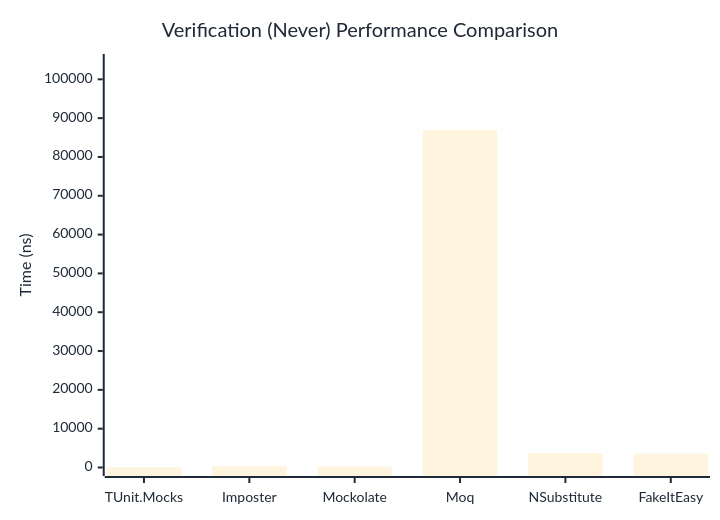
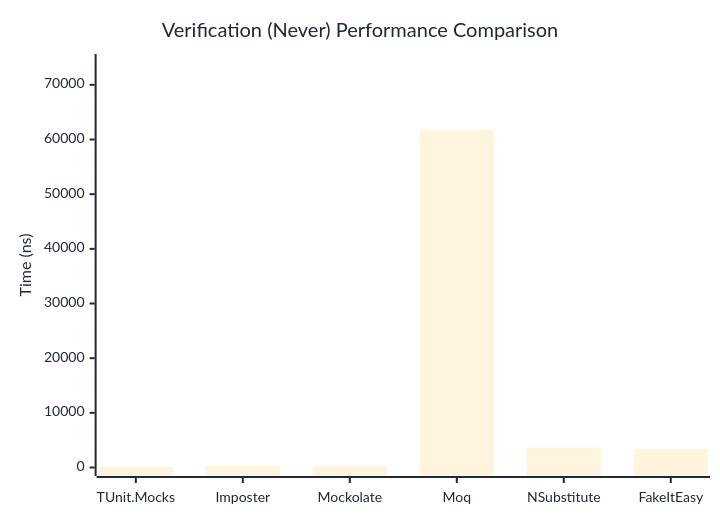
Before and after one commit to thomhurst/TUnit: the second of 3 diagrams in docs/docs/benchmarks/mocks/Verification.md, drawn with Mermaid. The commit also changed other lines of this file and 14 other files, not shown here.

````diff
--- a/docs/docs/benchmarks/mocks/Verification.md
+++ b/docs/docs/benchmarks/mocks/Verification.md
@@ -69,27 +69,27 @@
 ```mermaid
 %%{init: {
   'theme':'base',
   'themeVariables': {
     'primaryColor': '#2563eb',
     'primaryTextColor': '#1f2937',
     'primaryBorderColor': '#1e40af',
     'lineColor': '#6b7280',
     'secondaryColor': '#7c3aed',
     'tertiaryColor': '#dc2626',
     'background': '#ffffff',
     'pie1': '#2563eb',
     'pie2': '#7c3aed',
     'pie3': '#dc2626',
     'pie4': '#f59e0b',
     'pie5': '#10b981',
     'pie6': '#06b6d4',
     'pie7': '#ec4899',
     'pie8': '#6366f1'
   }
 }}%%
 xychart-beta
   title "Verification (Never) Performance Comparison"
   x-axis ["TUnit.Mocks", "Imposter", "Mockolate", "Moq", "NSubstitute", "FakeItEasy"]
-  y-axis "Time (ns)" 0 --> 104331
-  bar [60.93, 313.05, 213.06, 86942.44, 3676.85, 3563.31]
+  y-axis "Time (ns)" 0 --> 74088
+  bar [68.01, 315.59, 226.49, 61739.48, 3663.81, 3348.48]
 ```
````
